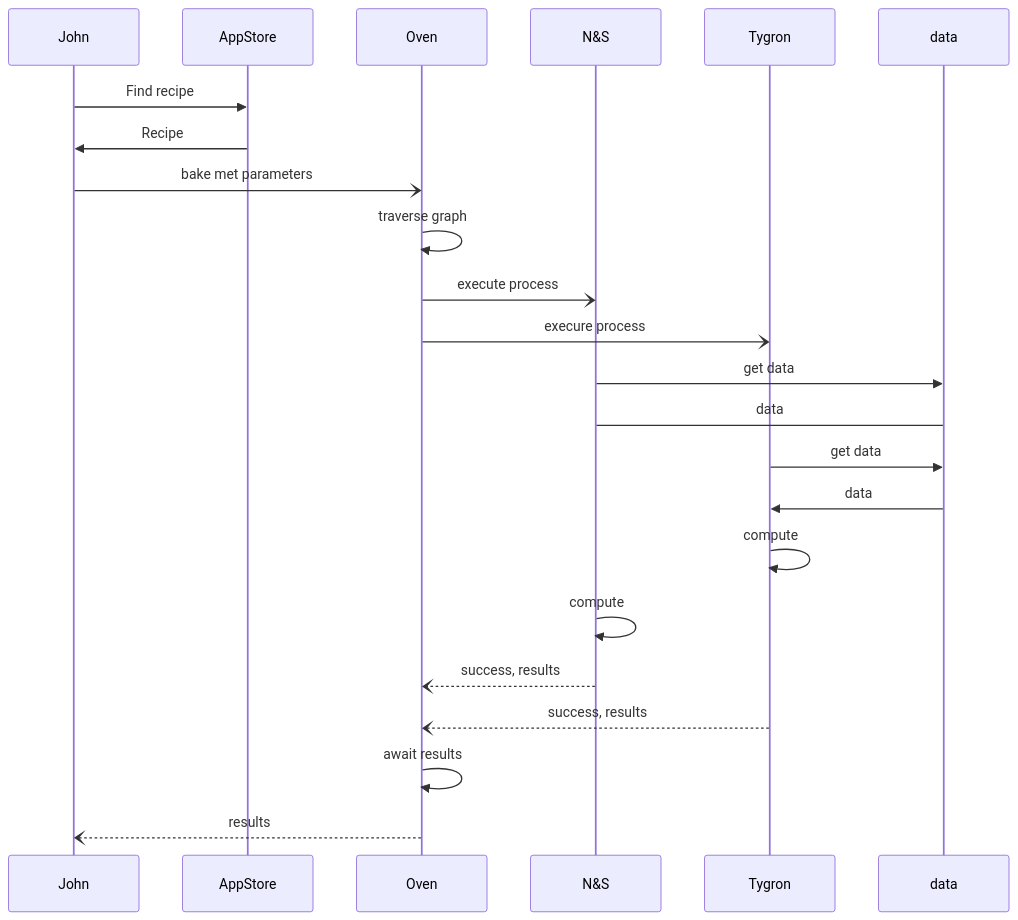
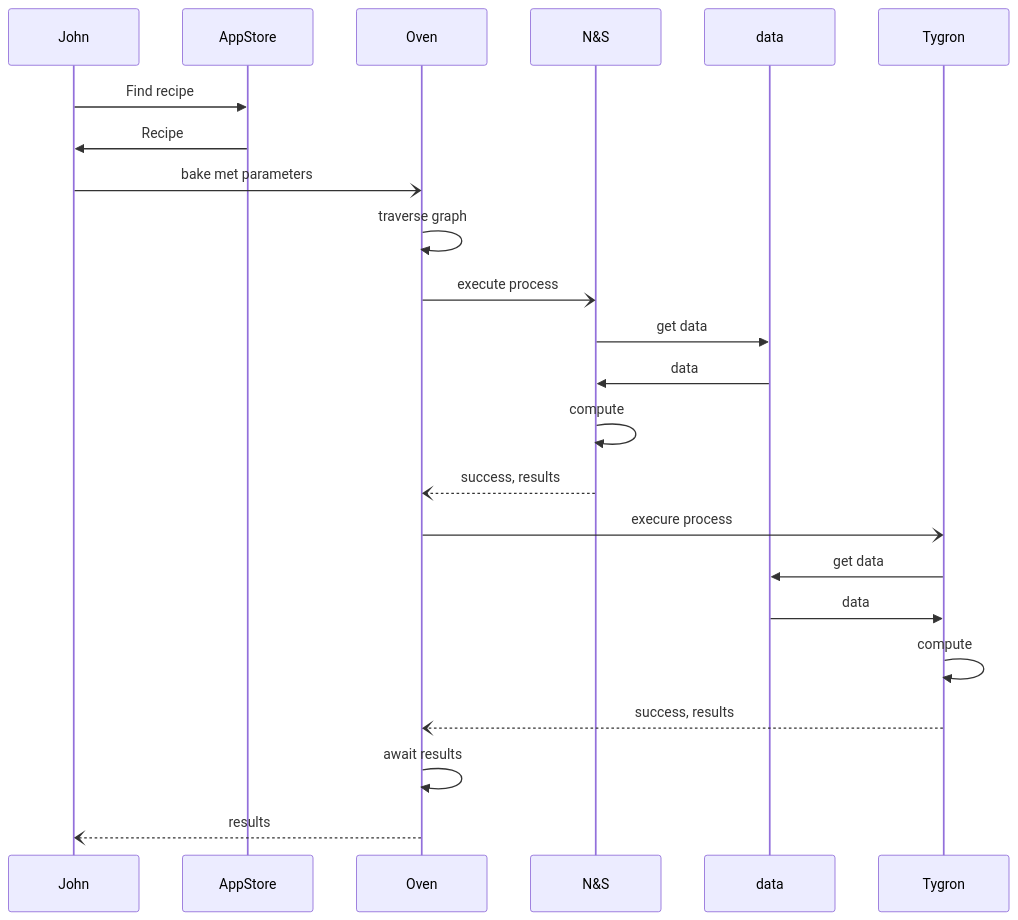
Before and after one commit to Geonovum/nLDT-AppStore: the second of 2 diagrams in README.md, drawn with Mermaid. The commit also changed other lines of this file, not shown here.

````diff
--- a/README.md
+++ b/README.md
@@ -14,21 +22,21 @@
 ```mermaid
 sequenceDiagram
     participant John
   
     John->>AppStore:Find recipe
     AppStore->>John:Recipe
     John-)Oven:bake met parameters
     Oven->>Oven: traverse graph
     Oven-)N&S:execute process
+    N&S->>data:get data
+    data->>N&S: data
+    N&S->>N&S: compute
+    N&S--)Oven: success, results
     Oven-)Tygron:execure process
-    N&S->>data:get data
-    data->N&S: data
     Tygron->>data:get data
     data->>Tygron: data
     Tygron->>Tygron: compute
-    N&S->>N&S: compute
-    N&S--)Oven: success, results
     Tygron--)Oven: success, results
     Oven->>Oven: await results
     Oven--)John: results    
 ```
````
